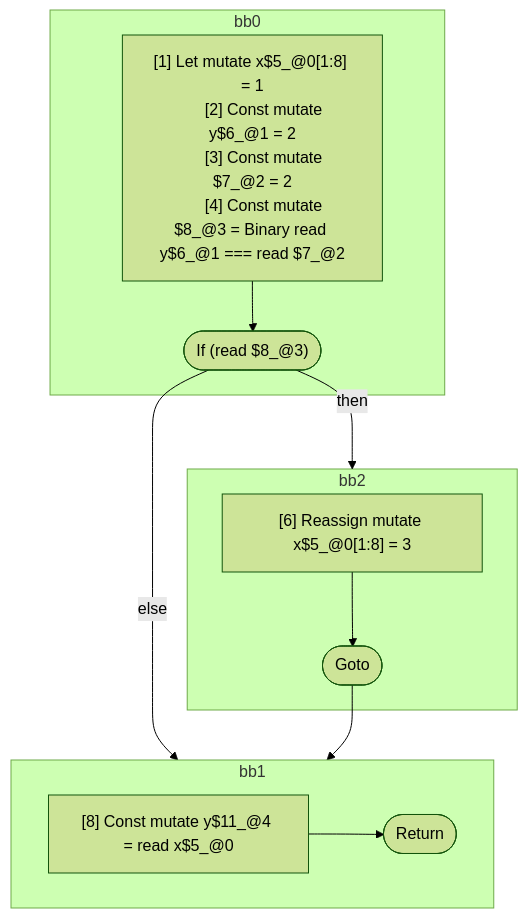
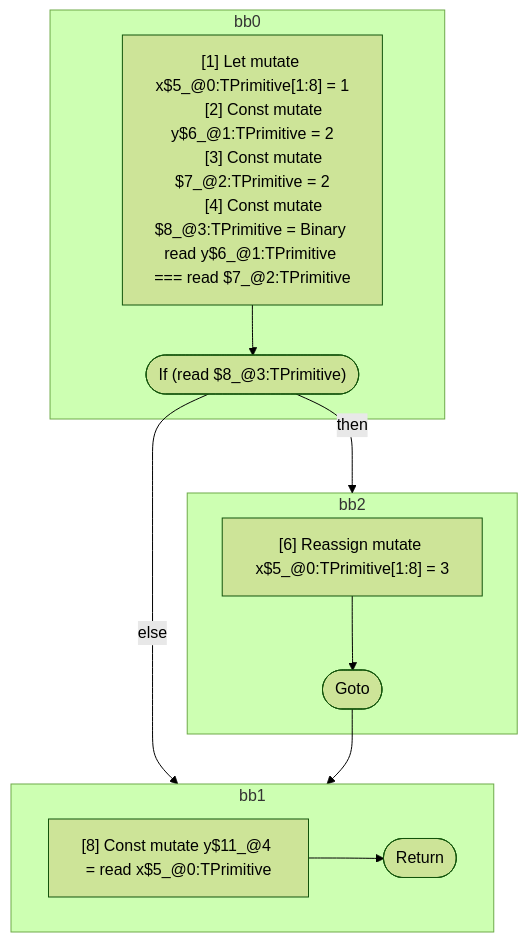
The diagram in compiler/forget/src/__tests__/fixtures/hir/ssa-complex-single-if.expect.md (wutsmog/private), drawn with Mermaid (forest theme) before and after one commit. The commit also changed other lines of this file and 112 other files, not shown here.

````diff
--- a/compiler/forget/src/__tests__/fixtures/hir/ssa-complex-single-if.expect.md
+++ b/compiler/forget/src/__tests__/fixtures/hir/ssa-complex-single-if.expect.md
@@ -63,31 +63,31 @@
 ```mermaid
 flowchart TB
   %% Basic Blocks
   subgraph bb0
     bb0_instrs["
-      [1] Let mutate x$5_@0[1:8] = 1
-      [2] Const mutate y$6_@1 = 2
-      [3] Const mutate $7_@2 = 2
-      [4] Const mutate $8_@3 = Binary read y$6_@1 === read $7_@2
+      [1] Let mutate x$5_@0:TPrimitive[1:8] = 1
+      [2] Const mutate y$6_@1:TPrimitive = 2
+      [3] Const mutate $7_@2:TPrimitive = 2
+      [4] Const mutate $8_@3:TPrimitive = Binary read y$6_@1:TPrimitive === read $7_@2:TPrimitive
     "]
-    bb0_instrs --> bb0_terminal(["If (read $8_@3)"])
+    bb0_instrs --> bb0_terminal(["If (read $8_@3:TPrimitive)"])
   end
   subgraph bb2
     bb2_instrs["
-      [6] Reassign mutate x$5_@0[1:8] = 3
+      [6] Reassign mutate x$5_@0:TPrimitive[1:8] = 3
     "]
     bb2_instrs --> bb2_terminal(["Goto"])
   end
   subgraph bb1
     bb1_instrs["
-      [8] Const mutate y$11_@4 = read x$5_@0
+      [8] Const mutate y$11_@4 = read x$5_@0:TPrimitive
     "]
     bb1_instrs --> bb1_terminal(["Return"])
   end
 
   %% Jumps
   bb0_terminal -- "then" --> bb2
   bb0_terminal -- "else" --> bb1
   bb2_terminal --> bb1
 
 ```
````
